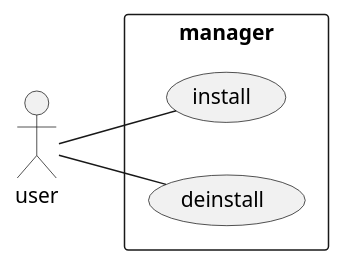
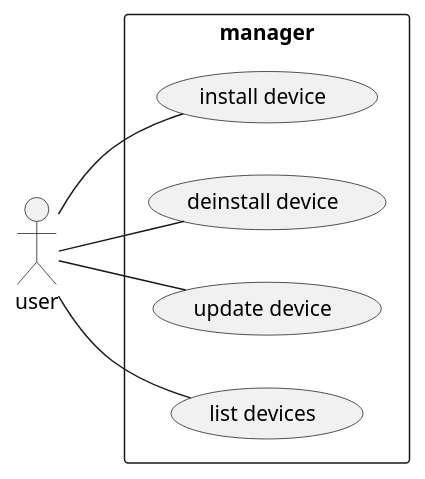
One commit to htl-leonding-project/5ahif-syp-chromecast-manager changed the diagram in Backend/asciidocs/ucd.puml. Above: the diagram before and after it, drawn with PlantUML.

Commit message:
Uml updatet

```diff
--- a/Backend/asciidocs/ucd.puml
+++ b/Backend/asciidocs/ucd.puml
@@ -2,9 +2,11 @@
 @startuml
 left to right direction
 skinparam packageStyle rectangle
 actor user
 rectangle manager {
-  user -- (install)
-  user -- (deinstall)
+  user -- (install device)
+  user -- (deinstall device)
+  user -- (update device)
+  user -- (list devices)
 }
 @enduml
```
